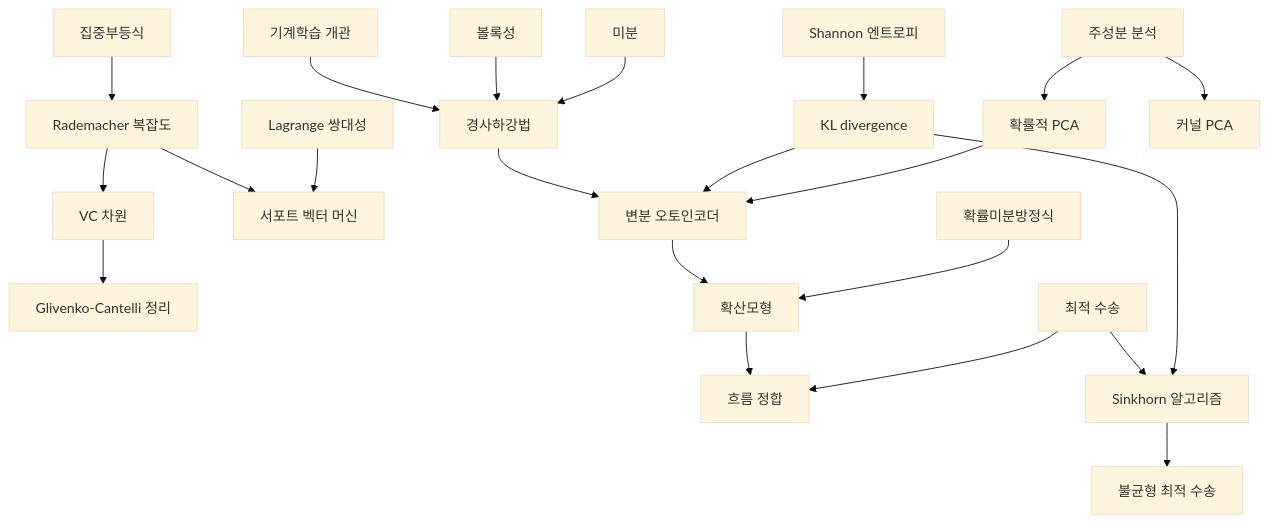
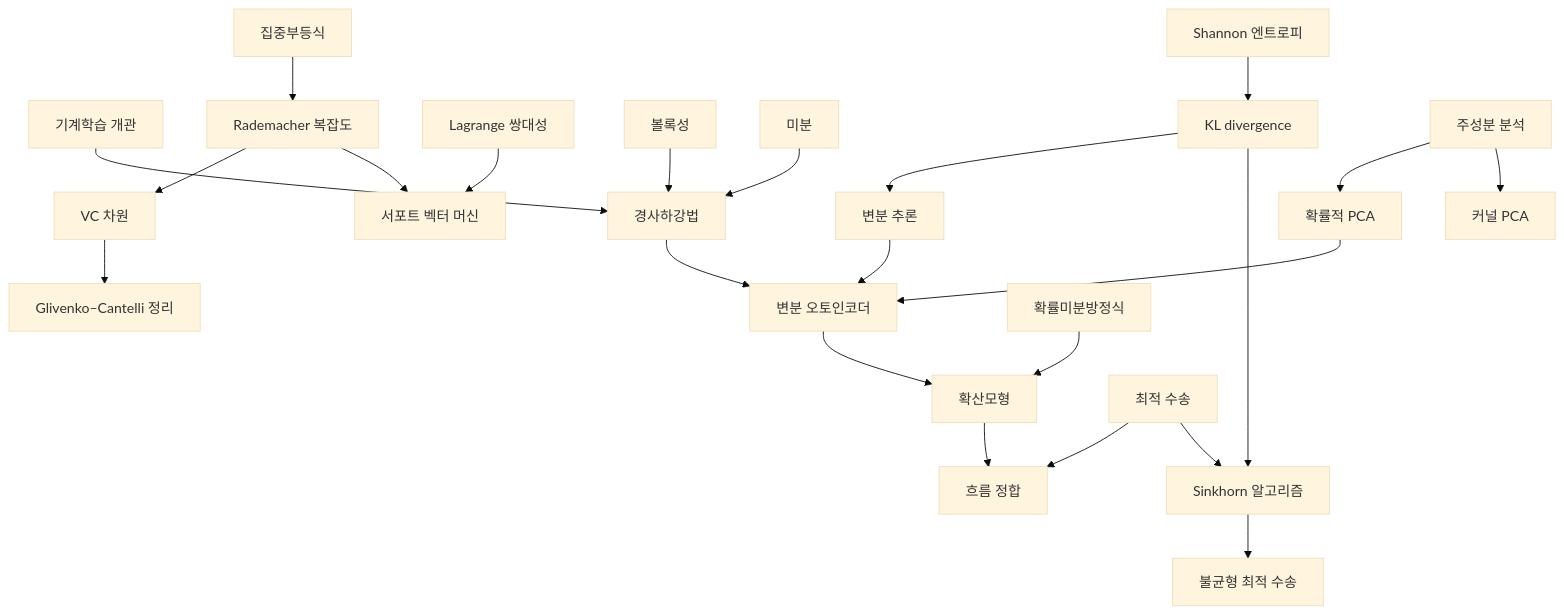
Before and after one commit to Phryxia/math-map: the diagram in docs/machine-learning-overview.md, drawn with Mermaid (base theme). The commit also changed 8 other files, not shown here.

````diff
--- a/docs/machine-learning-overview.md
+++ b/docs/machine-learning-overview.md
@@ -15,24 +15,24 @@
 ```mermaid
 graph TD
   MLO["기계학습 개관"] --> GD["경사하강법"]
   CI["집중부등식"] --> RC["Rademacher 복잡도"]
   RC --> VC["VC 차원"]
-  VC --> GC["Glivenko-Cantelli 정리"]
+  VC --> GC["Glivenko–Cantelli 정리"]
   RC --> SVM["서포트 벡터 머신"]
   LD["Lagrange 쌍대성"] --> SVM
   CVX["볼록성"] --> GD
   DER["미분"] --> GD
   GD --> VAE["변분 오토인코더"]
   ENT["Shannon 엔트로피"] --> KL["KL divergence"]
-  KL --> VAE
+  KL --> VI["변분 추론"] --> VAE
   PCA["주성분 분석"] --> PPCA["확률적 PCA"]
   PCA --> KPCA["커널 PCA"]
   PPCA --> VAE
   VAE --> DM["확산모형"]
   SDE["확률미분방정식"] --> DM
   DM --> FM["흐름 정합"]
   OT["최적 수송"] --> FM
   OT --> SINK["Sinkhorn 알고리즘"]
   KL --> SINK
   SINK --> UOT["불균형 최적 수송"]
 ```
````
